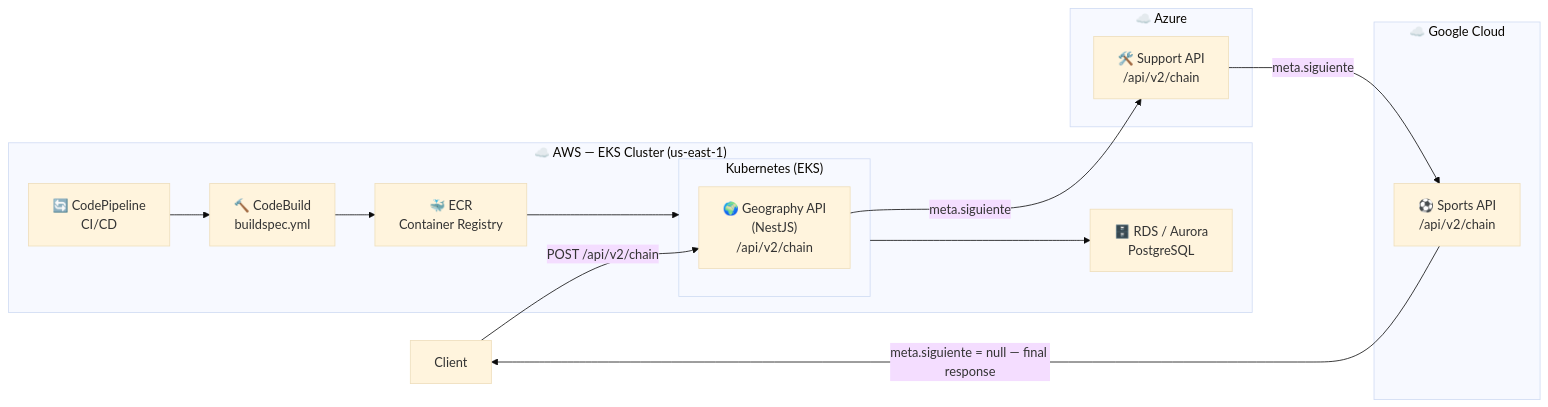
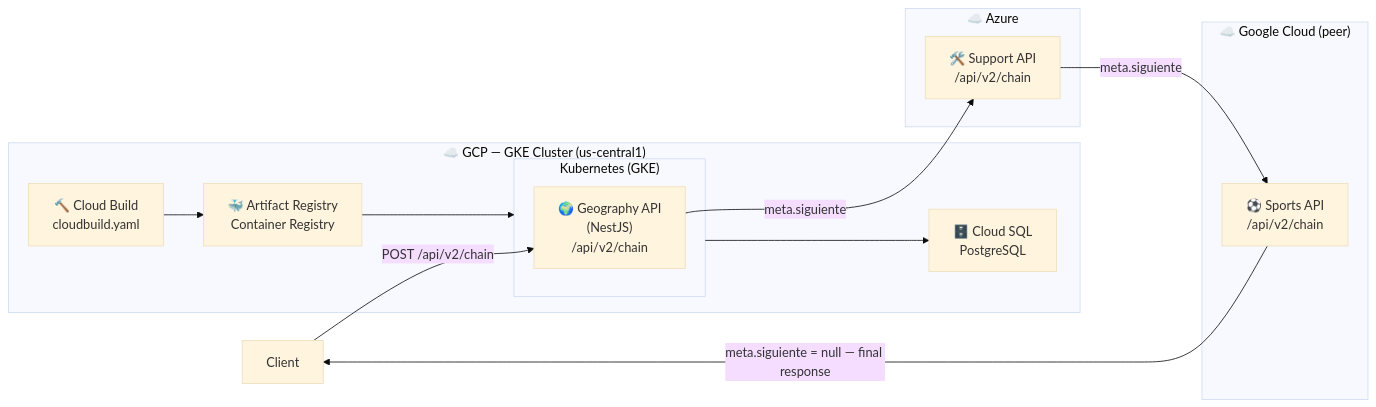
The first of 2 diagrams in README.md (cubito1080/devops), drawn with Mermaid (base theme) before and after one commit. The commit also changed other lines of this file and 5 other files, not shown here.

````diff
--- a/README.md
+++ b/README.md
@@ -64,28 +64,27 @@
 ```mermaid
 flowchart LR
     Client -->|POST /api/v2/chain| GeoAPI
 
-    subgraph AWS["☁️ AWS — EKS Cluster (us-east-1)"]
-        subgraph K8s["Kubernetes (EKS)"]
+    subgraph GCP_own["☁️ GCP — GKE Cluster (us-central1)"]
+        subgraph K8s["Kubernetes (GKE)"]
             GeoAPI["🌍 Geography API\n(NestJS)\n/api/v2/chain"]
         end
-        ECR["🐳 ECR\nContainer Registry"]
-        CodePipeline["🔄 CodePipeline\nCI/CD"]
-        CodeBuild["🔨 CodeBuild\nbuildspec.yml"]
-        RDS["🗄️ RDS / Aurora\nPostgreSQL"]
-        CodePipeline --> CodeBuild --> ECR --> K8s
-        K8s --> RDS
+        ArtifactReg["🐳 Artifact Registry\nContainer Registry"]
+        CloudBuild["🔨 Cloud Build\ncloudbuild.yaml"]
+        CloudSQL["🗄️ Cloud SQL\nPostgreSQL"]
+        CloudBuild --> ArtifactReg --> K8s
+        K8s --> CloudSQL
     end
 
     subgraph Azure["☁️ Azure"]
         SupportAPI["🛠️ Support API\n/api/v2/chain"]
     end
 
-    subgraph GCP["☁️ Google Cloud"]
+    subgraph GCP_other["☁️ Google Cloud (peer)"]
         SportsAPI["⚽ Sports API\n/api/v2/chain"]
     end
 
     GeoAPI -->|meta.siguiente| SupportAPI
     SupportAPI -->|meta.siguiente| SportsAPI
     SportsAPI -->|meta.siguiente = null — final response| Client
 ```
````
